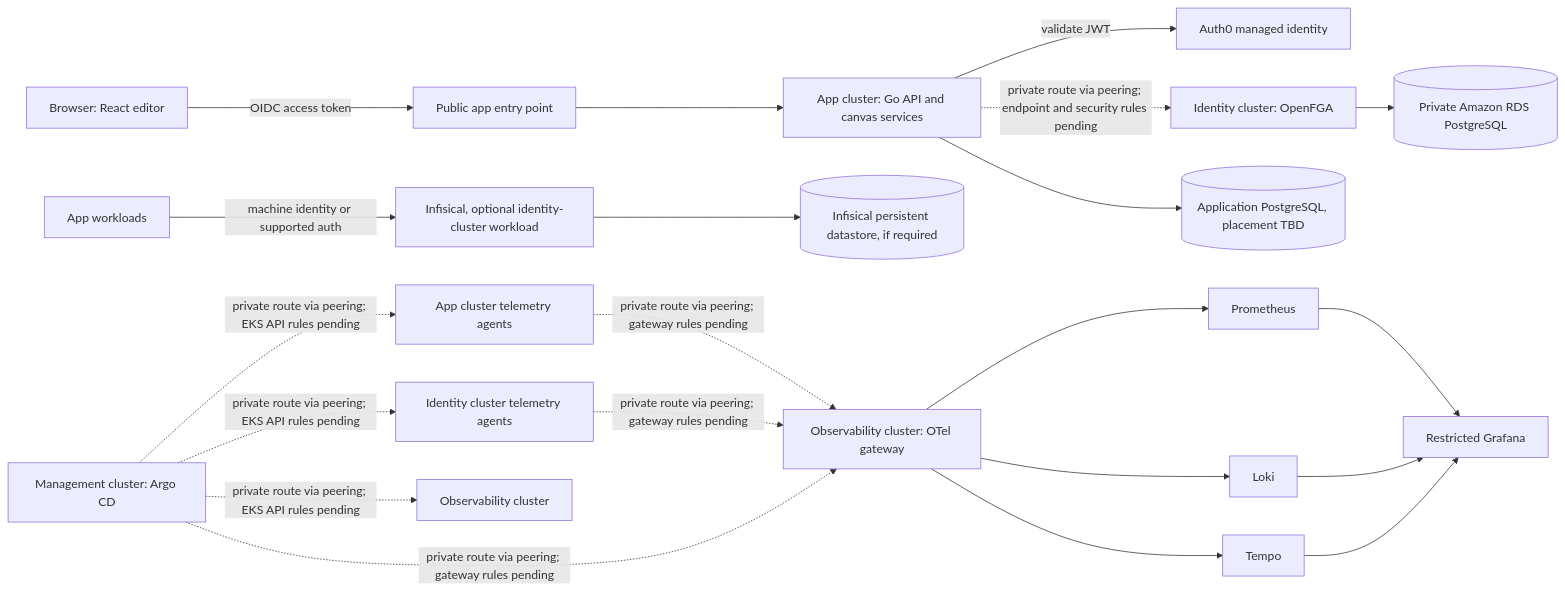
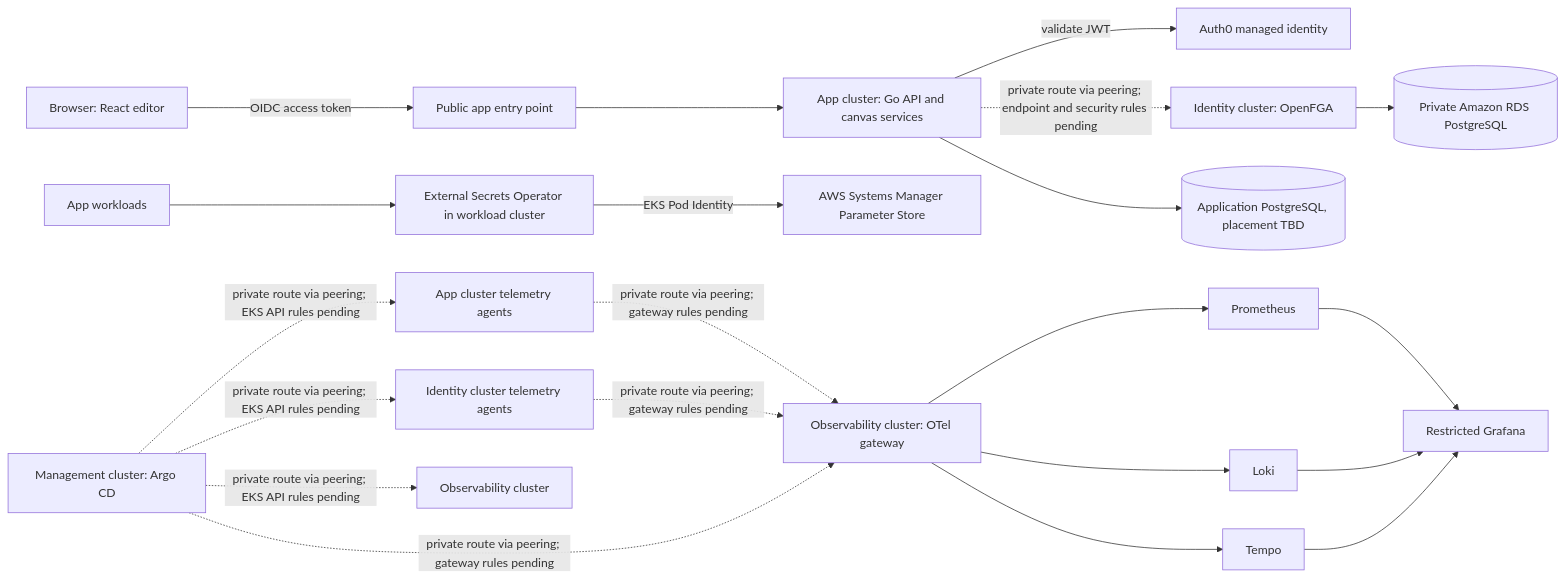
One commit to harishSudalaimani/kloudlab changed the diagram in docs/architecture/system-boundaries.md. Above: the diagram before and after it, drawn with Mermaid. The commit also changed other lines of this file and 40 other files, not shown here.

Commit message:
Replace Infisical with SSM Parameter Store

````diff
--- a/docs/architecture/system-boundaries.md
+++ b/docs/architecture/system-boundaries.md
@@ -9,23 +9,23 @@
 ```mermaid
 flowchart LR
     Browser[Browser: React editor] -->|OIDC access token| Edge[Public app entry point]
     Edge --> API[App cluster: Go API and canvas services]
     API -->|validate JWT| Auth0[Auth0 managed identity]
     API -.->|private route via peering; endpoint and security rules pending| FGA[Identity cluster: OpenFGA]
     FGA --> FGA_DB[(Private Amazon RDS PostgreSQL)]
     API --> AppDB[(Application PostgreSQL, placement TBD)]
-    AppWorkloads[App workloads] -->|machine identity or supported auth| Secrets[Infisical, optional identity-cluster workload]
-    Secrets --> InfisicalDB[(Infisical persistent datastore, if required)]
+    AppWorkloads[App workloads] --> ESO[External Secrets Operator in workload cluster]
+    ESO -->|EKS Pod Identity| SSM[AWS Systems Manager Parameter Store]
     AppCluster[App cluster telemetry agents] -.->|private route via peering; gateway rules pending| OTel[Observability cluster: OTel gateway]
     FGACluster[Identity cluster telemetry agents] -.->|private route via peering; gateway rules pending| OTel
     ManagementCluster[Management cluster: Argo CD] -.->|private route via peering; EKS API rules pending| AppCluster
     ManagementCluster -.->|private route via peering; EKS API rules pending| FGACluster
     ManagementCluster -.->|private route via peering; EKS API rules pending| OTelCluster[Observability cluster]
     ManagementCluster -.->|private route via peering; gateway rules pending| OTel
     OTel --> Metrics[Prometheus]
     OTel --> Logs[Loki]
     OTel --> Traces[Tempo]
     Metrics --> Grafana[Restricted Grafana]
     Logs --> Grafana
     Traces --> Grafana
 ```
````
